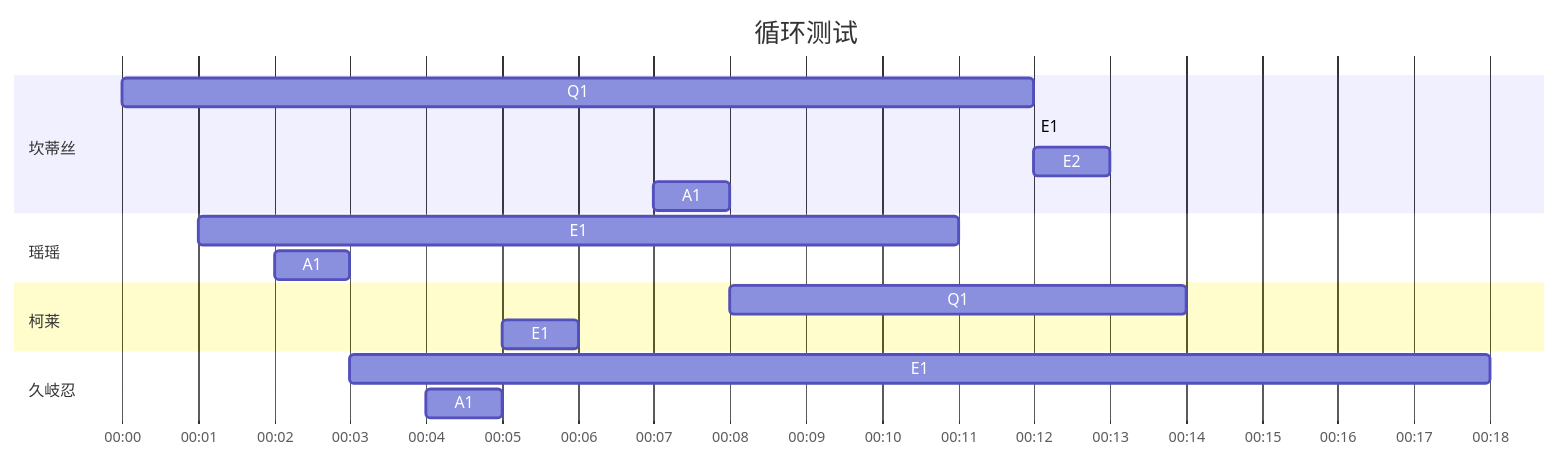
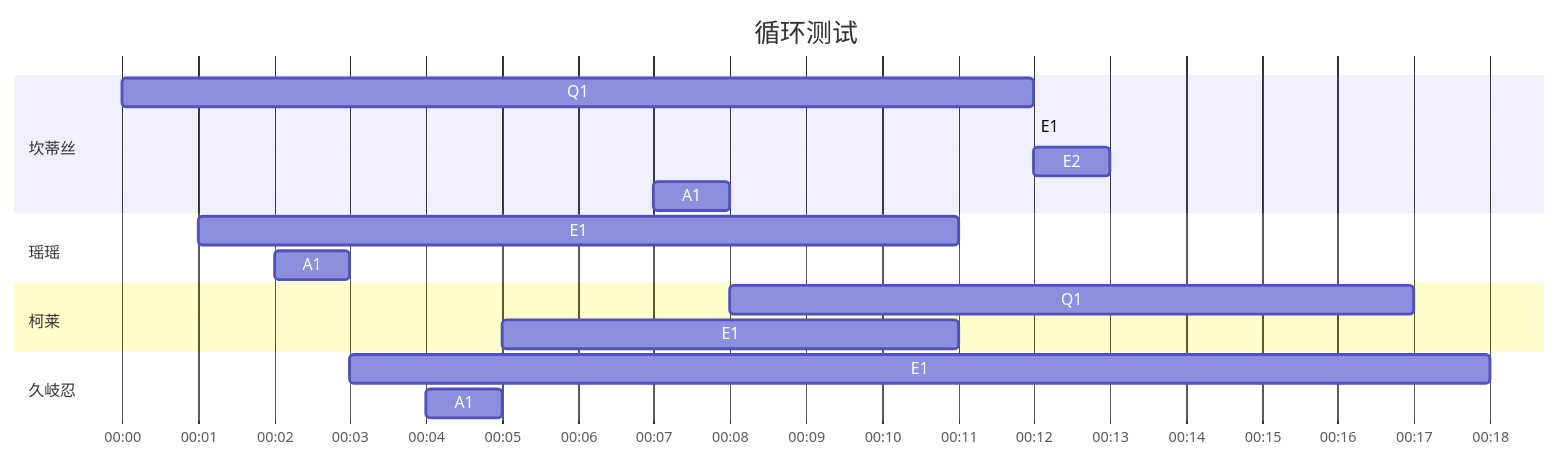
Before and after one commit to JiYouMCC/JiYouMCC.github.io: the second of 2 diagrams in _drafts/2022-1.md, drawn with Mermaid.

````diff
--- a/_drafts/2022-1.md
+++ b/_drafts/2022-1.md
@@ -21,26 +21,26 @@
 ```mermaid
 gantt
     title 循环测试
     axisFormat %M:%S
     todayMarker off
     
     section 坎蒂丝
     Q1   :    2023-01-29 12:00:00, 12s
     E1   :    2023-01-29 12:00:06 1s
     E2   :    2023-01-29 12:00:12, 1s
     A1   :    2023-01-29 12:00:07, 1s
     
     section 瑶瑶
     E1   :    2023-01-29 12:00:01, 10s
     A1   :    2023-01-29 12:00:02, 1s
     
     section 柯莱
-    Q1   :    2023-01-29 12:00:08, 6s
-    E1   :    2023-01-29 12:00:05, 1s
+    Q1   :    2023-01-29 12:00:08, 9s
+    E1   :    2023-01-29 12:00:05, 6s
     
     section 久岐忍
     E1   :    2023-01-29 12:00:03, 15s
     A1   :    2023-01-29 12:00:04, 1s
     
     
 ```
````
